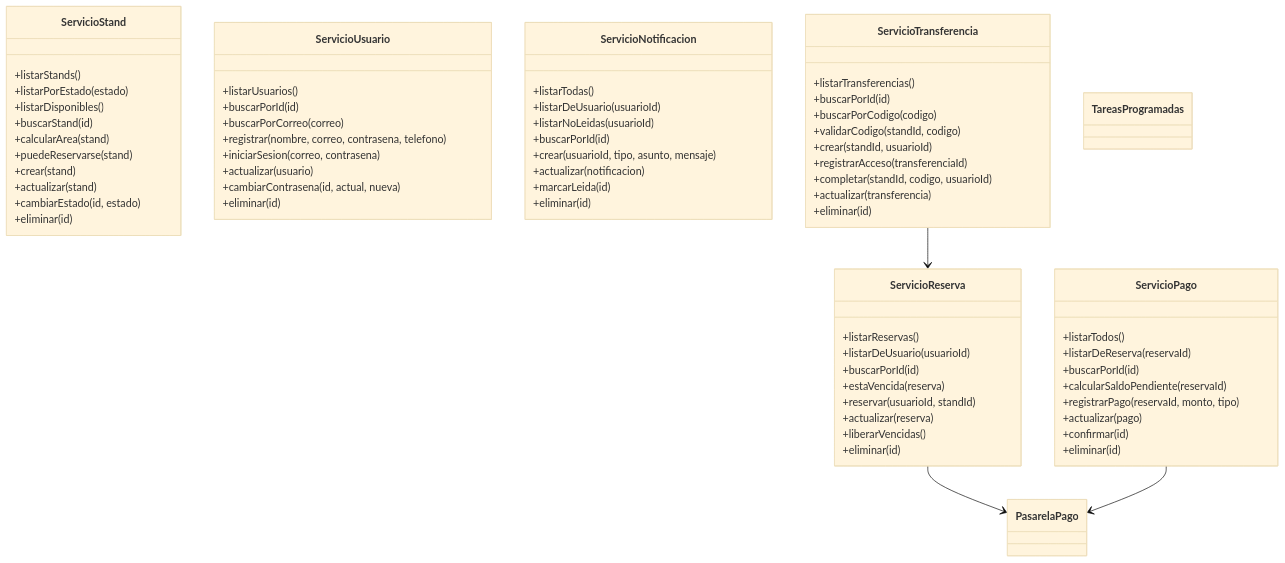
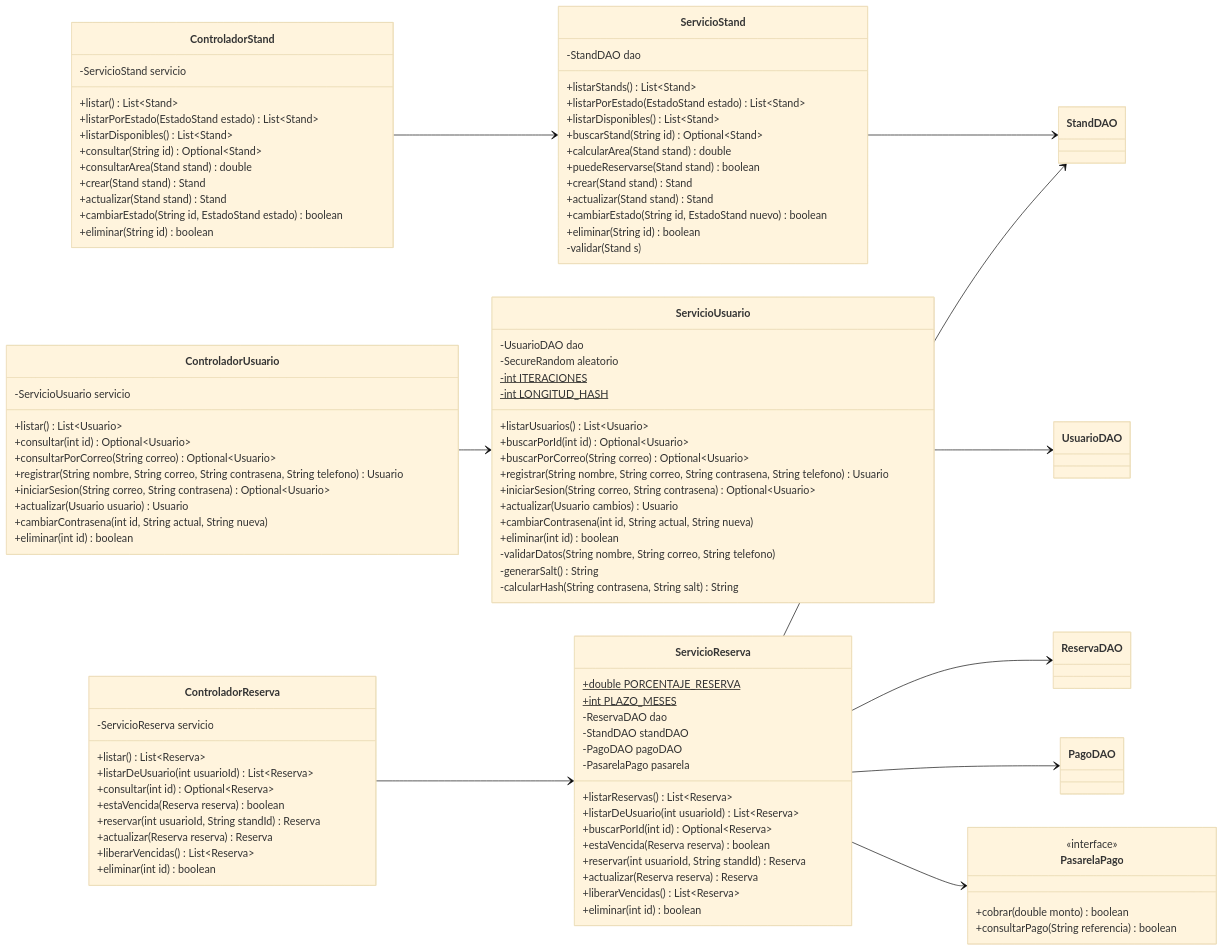
Before and after one commit to Javtamata145/StandsFiley-POO: the fifth of 9 diagrams in Stands-Filey/DiagramaClases/DiagramaClases.md, drawn with Mermaid (base theme). The commit also changed other lines of this file, not shown here.

Commit message:
Actualizando Diagrama clases

````diff
--- a/Stands-Filey/DiagramaClases/DiagramaClases.md
+++ b/Stands-Filey/DiagramaClases/DiagramaClases.md
@@ -154,80 +332,108 @@
 ```mermaid
 classDiagram
-direction TB
+direction LR
+
+class ControladorStand {
+  -ServicioStand servicio
+  +listar() List~Stand~
+  +listarPorEstado(EstadoStand estado) List~Stand~
+  +listarDisponibles() List~Stand~
+  +consultar(String id) Optional~Stand~
+  +consultarArea(Stand stand) double
+  +crear(Stand stand) Stand
+  +actualizar(Stand stand) Stand
+  +cambiarEstado(String id, EstadoStand estado) boolean
+  +eliminar(String id) boolean
+}
+
+class ControladorUsuario {
+  -ServicioUsuario servicio
+  +listar() List~Usuario~
+  +consultar(int id) Optional~Usuario~
+  +consultarPorCorreo(String correo) Optional~Usuario~
+  +registrar(String nombre, String correo, String contrasena, String telefono) Usuario
+  +iniciarSesion(String correo, String contrasena) Optional~Usuario~
+  +actualizar(Usuario usuario) Usuario
+  +cambiarContrasena(int id, String actual, String nueva)
+  +eliminar(int id) boolean
+}
+
+class ControladorReserva {
+  -ServicioReserva servicio
+  +listar() List~Reserva~
+  +listarDeUsuario(int usuarioId) List~Reserva~
+  +consultar(int id) Optional~Reserva~
+  +estaVencida(Reserva reserva) boolean
+  +reservar(int usuarioId, String standId) Reserva
+  +actualizar(Reserva reserva) Reserva
+  +liberarVencidas() List~Reserva~
+  +eliminar(int id) boolean
+}
 
 class ServicioStand {
-  +listarStands()
-  +listarPorEstado(estado)
-  +listarDisponibles()
-  +buscarStand(id)
-  +calcularArea(stand)
-  +puedeReservarse(stand)
-  +crear(stand)
-  +actualizar(stand)
-  +cambiarEstado(id, estado)
-  +eliminar(id)
+  -StandDAO dao
+  +listarStands() List~Stand~
+  +listarPorEstado(EstadoStand estado) List~Stand~
+  +listarDisponibles() List~Stand~
+  +buscarStand(String id) Optional~Stand~
+  +calcularArea(Stand stand) double
+  +puedeReservarse(Stand stand) boolean
+  +crear(Stand stand) Stand
+  +actualizar(Stand stand) Stand
+  +cambiarEstado(String id, EstadoStand nuevo) boolean
+  +eliminar(String id) boolean
+  -validar(Stand s)
 }
 
 class ServicioUsuario {
-  +listarUsuarios()
-  +buscarPorId(id)
-  +buscarPorCorreo(correo)
-  +registrar(nombre, correo, contrasena, telefono)
-  +iniciarSesion(correo, contrasena)
-  +actualizar(usuario)
-  +cambiarContrasena(id, actual, nueva)
-  +eliminar(id)
+  -UsuarioDAO dao
+  -SecureRandom aleatorio
+  -int ITERACIONES$
+  -int LONGITUD_HASH$
+  +listarUsuarios() List~Usuario~
+  +buscarPorId(int id) Optional~Usuario~
+  +buscarPorCorreo(String correo) Optional~Usuario~
+  +registrar(String nombre, String correo, String contrasena, String telefono) Usuario
+  +iniciarSesion(String correo, String contrasena) Optional~Usuario~
+  +actualizar(Usuario cambios) Usuario
+  +cambiarContrasena(int id, String actual, String nueva)
+  +eliminar(int id) boolean
+  -validarDatos(String nombre, String correo, String telefono)
+  -generarSalt() String
+  -calcularHash(String contrasena, String salt) String
 }
 
 class ServicioReserva {
-  +listarReservas()
-  +listarDeUsuario(usuarioId)
-  +buscarPorId(id)
-  +estaVencida(reserva)
-  +reservar(usuarioId, standId)
-  +actualizar(reserva)
-  +liberarVencidas()
-  +eliminar(id)
+  +double PORCENTAJE_RESERVA$
+  +int PLAZO_MESES$
+  -ReservaDAO dao
+  -StandDAO standDAO
+  -PagoDAO pagoDAO
+  -PasarelaPago pasarela
+  +listarReservas() List~Reserva~
+  +listarDeUsuario(int usuarioId) List~Reserva~
+  +buscarPorId(int id) Optional~Reserva~
+  +estaVencida(Reserva reserva) boolean
+  +reservar(int usuarioId, String standId) Reserva
+  +actualizar(Reserva reserva) Reserva
+  +liberarVencidas() List~Reserva~
+  +eliminar(int id) boolean
 }
 
-class ServicioPago {
-  +listarTodos()
-  +listarDeReserva(reservaId)
-  +buscarPorId(id)
-  +calcularSaldoPendiente(reservaId)
-  +registrarPago(reservaId, monto, tipo)
-  +actualizar(pago)
-  +confirmar(id)
-  +eliminar(id)
+class PasarelaPago {
+  <<interface>>
+  +cobrar(double monto) boolean
+  +consultarPago(String referencia) boolean
 }
 
-class ServicioNotificacion {
-  +listarTodas()
-  +listarDeUsuario(usuarioId)
-  +listarNoLeidas(usuarioId)
-  +buscarPorId(id)
-  +crear(usuarioId, tipo, asunto, mensaje)
-  +actualizar(notificacion)
-  +marcarLeida(id)
-  +eliminar(id)
-}
+ControladorStand --> ServicioStand
+ControladorUsuario --> ServicioUsuario
+ControladorReserva --> ServicioReserva
 
-class ServicioTransferencia {
-  +listarTransferencias()
-  +buscarPorId(id)
-  +buscarPorCodigo(codigo)
-  +validarCodigo(standId, codigo)
-  +crear(standId, usuarioId)
-  +registrarAcceso(transferenciaId)
-  +completar(standId, codigo, usuarioId)
-  +actualizar(transferencia)
-  +eliminar(id)
-}
-
-class TareasProgramadas {
-}
-
+ServicioStand --> StandDAO
+ServicioUsuario --> UsuarioDAO
+ServicioReserva --> ReservaDAO
+ServicioReserva --> StandDAO
+ServicioReserva --> PagoDAO
 ServicioReserva --> PasarelaPago
-ServicioPago --> PasarelaPago
-ServicioTransferencia --> ServicioReserva
 ```
````
